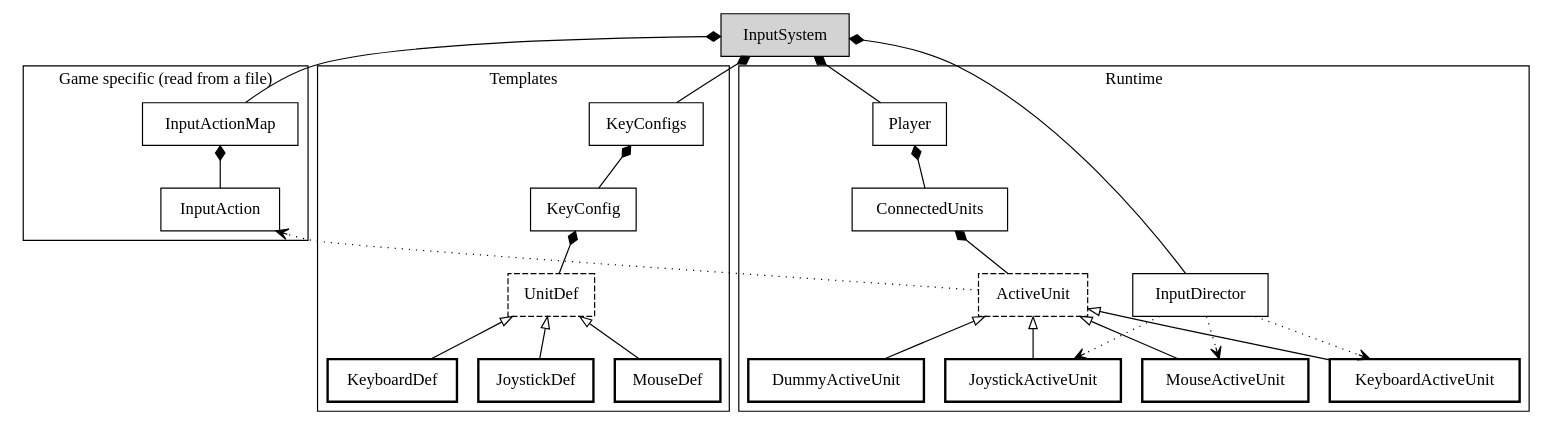
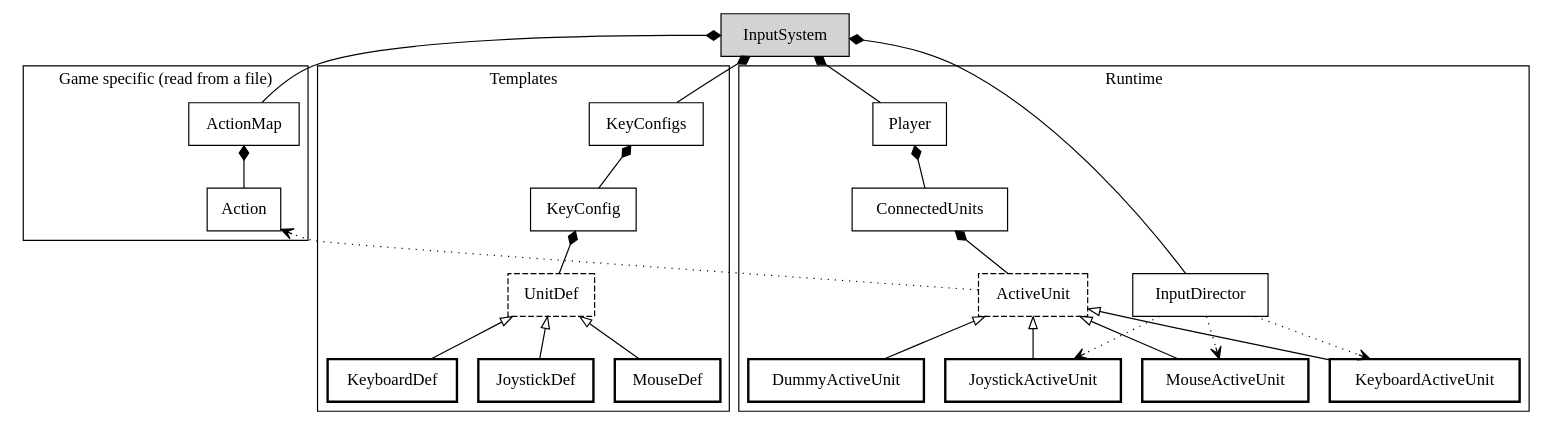
One commit to madeso/tred changed the diagram in inputsystem-overview.gv. Above: the diagram before and after it, drawn with Graphviz.

Commit message:
fixed names

```diff
--- a/inputsystem-overview.gv
+++ b/inputsystem-overview.gv
@@ -1,102 +1,102 @@
 digraph G {
 	node [shape=box; style=solid];
 	# graph [overlap=false rankdir = "LR"];
 	# splines=ortho;
   
 	subgraph cluster_gamespecific {
 		label = "Game specific (read from a file)";
 		color = "black";
 		
 		{
 			edge[dir="both"; arrowhead="none"; arrowtail="diamond";];
-			InputActionMap -> InputAction;
+			ActionMap -> Action;
 		}
 	}
 	
 	subgraph cluster_templates {
 		label = "Templates";
 		color = "black";
 		
 		{
 			edge[dir="both"; arrowhead="none"; arrowtail="diamond";];
 			KeyConfigs -> KeyConfig;
 			KeyConfig -> UnitDef;
 		}
 		
 		{
 			edge[arrowhead="onormal"];
 			JoystickDef -> UnitDef;
 			MouseDef -> UnitDef;
 			KeyboardDef -> UnitDef;
 		}
 		
 		{
 			rank=max;
 			JoystickDef;
 			MouseDef;
 			KeyboardDef;
 		}
 	}
 	
 	subgraph cluster_runtime {
 		label = "Runtime";
 		color = "black";
 		
 		{
 			edge[dir="both"; arrowhead="none"; arrowtail="diamond";];
 			Player -> ConnectedUnits;
 			ConnectedUnits -> ActiveUnit;
 		}
 		
 		{
 			edge[arrowhead="vee"; style="dotted"];
 			InputDirector -> KeyboardActiveUnit;
 			InputDirector -> JoystickActiveUnit;
 			InputDirector -> MouseActiveUnit;
 		}
 		
 		{
 			edge[arrowhead="onormal"];
 			DummyActiveUnit -> ActiveUnit;
 			KeyboardActiveUnit -> ActiveUnit;
 			
 			JoystickActiveUnit -> ActiveUnit;
 			MouseActiveUnit -> ActiveUnit;
 		}
 		
 		{
 			rank = max;
 			DummyActiveUnit;
 			KeyboardActiveUnit;
 			
 			JoystickActiveUnit;
 			MouseActiveUnit;
 		}
 	}
 
 	{
 		edge[dir="both"; arrowhead="none"; arrowtail="diamond";];	
-		InputSystem -> InputActionMap;
+		InputSystem -> ActionMap;
 		InputSystem -> KeyConfigs;
 		InputSystem -> InputDirector;
 		InputSystem -> Player;
 	}
 	
 	{
 		edge[arrowhead="vee"; style="dotted"];
-		ActiveUnit -> InputAction [constraint=false];
+		ActiveUnit -> Action [constraint=false];
 	}
 	
 	UnitDef[style=dashed];
 	ActiveUnit[style=dashed];
 	
 	KeyboardDef[style=bold];
 	MouseDef[style=bold];
 	JoystickDef[style=bold];
 	KeyboardActiveUnit[style=bold];
 	DummyActiveUnit[style=bold];
 	JoystickActiveUnit[style=bold];
 	MouseActiveUnit[style=bold];
 	
 	InputSystem[style=filled];
 }
```
